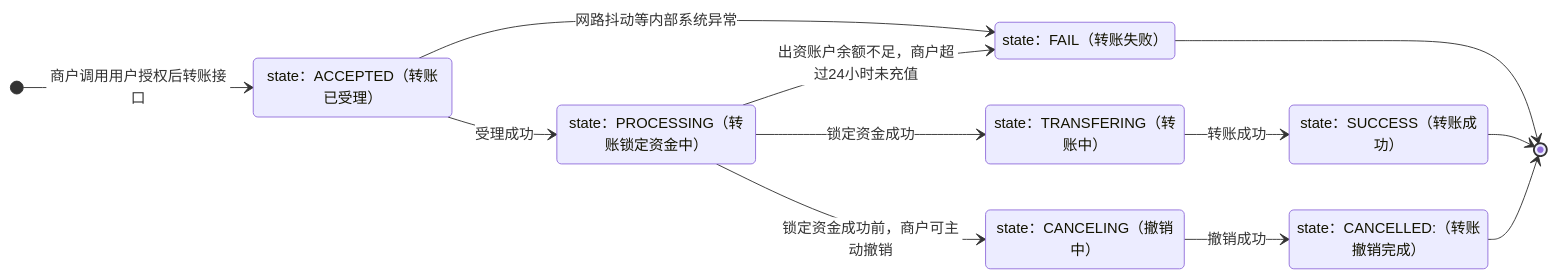
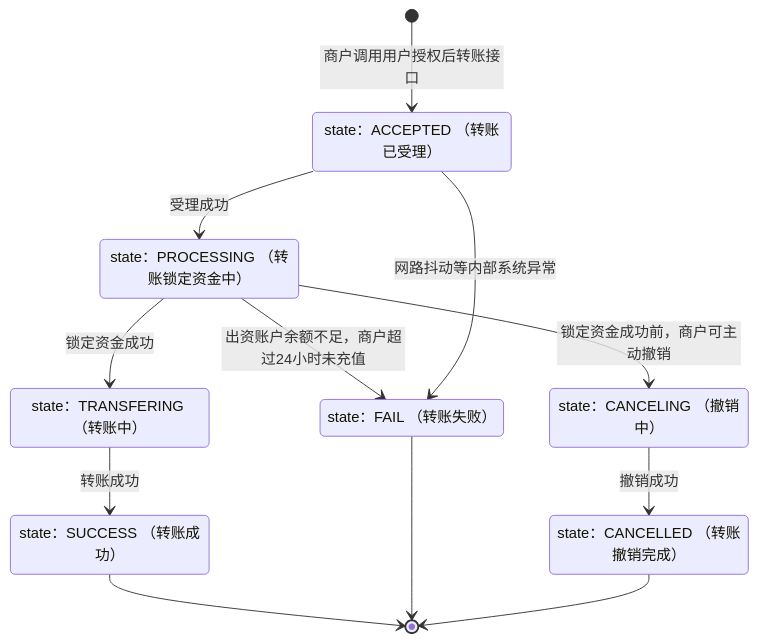
The ninth of 9 diagrams in docs/merchant/pages/4012715211.md (minibear2021/wechatpay_docs), drawn with Mermaid before and after one commit. The commit also changed other lines of this file and 46 other files, not shown here.

````diff
--- a/docs/merchant/pages/4012715211.md
+++ b/docs/merchant/pages/4012715211.md
@@ -355,24 +330,21 @@
 ```mermaid
-%%{init: {'themeVariables':{'edgeLabelBackground':'#ffffff'}}}%%
 stateDiagram-v2
-    direction LR
-    state "state：ACCEPTED（转账已受理）" as S2
-    state "state：PROCESSING（转账锁定资金中）" as S3
-    state "state：TRANSFERING（转账中）" as S4
-    state "state：SUCCESS（转账成功）" as S5
-    state "state：FAIL（转账失败）" as S6
-    state "state：CANCELING（撤销中）" as S7
-    state "state：CANCELLED:（转账撤销完成）" as S8
-
-    [*] --> S2: 商户调用用户授权后转账接口
-    S2 --> S3: 受理成功
-    S2 --> S6: 网路抖动等内部系统异常
-    S3 --> S6: 出资账户余额不足，商户超过24小时未充值
-    S3 --> S4: 锁定资金成功
-    S3 --> S7: 锁定资金成功前，商户可主动撤销
-    S6 --> [*]
-    S4 --> S5: 转账成功
-    S7 --> S8: 撤销成功
-    S5 --> [*]
-    S8 --> [*]
+  state "state：ACCEPTED （转账已受理）" as S0
+  state "state：PROCESSING （转账锁定资金中）" as S1
+  state "state：TRANSFERING （转账中）" as S2
+  state "state：SUCCESS （转账成功）" as S3
+  state "state：FAIL （转账失败）" as S4
+  state "state：CANCELING （撤销中）" as S5
+  state "state：CANCELLED （转账撤销完成）" as S6
+  [*] --> S0 : 商户调用用户授权后转账接口
+  S0 --> S1 : 受理成功
+  S1 --> S2 : 锁定资金成功
+  S2 --> S3 : 转账成功
+  S1 --> S4 : 出资账户余额不足，商户超过24小时未充值
+  S1 --> S5 : 锁定资金成功前，商户可主动撤销
+  S5 --> S6 : 撤销成功
+  S0 --> S4 : 网路抖动等内部系统异常
+  S3 --> [*]
+  S4 --> [*]
+  S6 --> [*]
 ```
````
